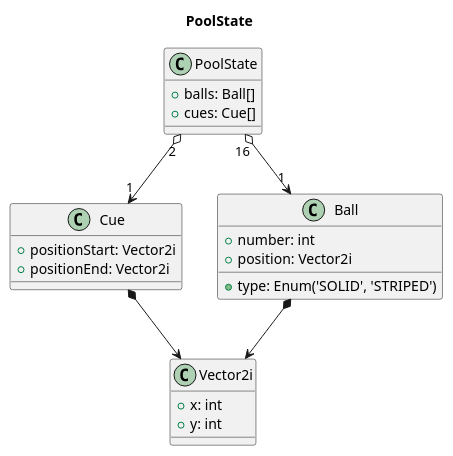
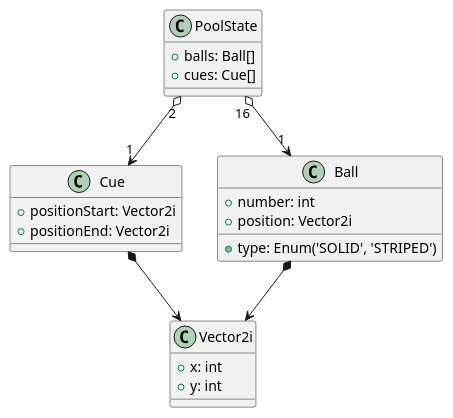
One commit to damiankoper/ripo changed the diagram in docs/src/diagrams/src/PoolState.pu. Above: the diagram before and after it, drawn with PlantUML. The commit also changed 10 other files, not shown here.

```diff
--- a/docs/src/diagrams/src/PoolState.pu
+++ b/docs/src/diagrams/src/PoolState.pu
@@ -1,31 +1,30 @@
 @startuml pull_state_cd
-title PoolState
 
 class Vector2i {
     + x: int
     + y: int
 }
 
 class Cue {
     + positionStart: Vector2i
     + positionEnd: Vector2i
 }
 
 class Ball {
     + number: int
     + position: Vector2i
     + type: Enum('SOLID', 'STRIPED')
 }
 
 Cue *--> Vector2i
 Ball *--> Vector2i
 
 class PoolState {
     + balls: Ball[]
     + cues: Cue[]
 }
 
 PoolState "16" o--> "1" Ball
 PoolState "2" o--> "1" Cue
 
 @enduml
```
